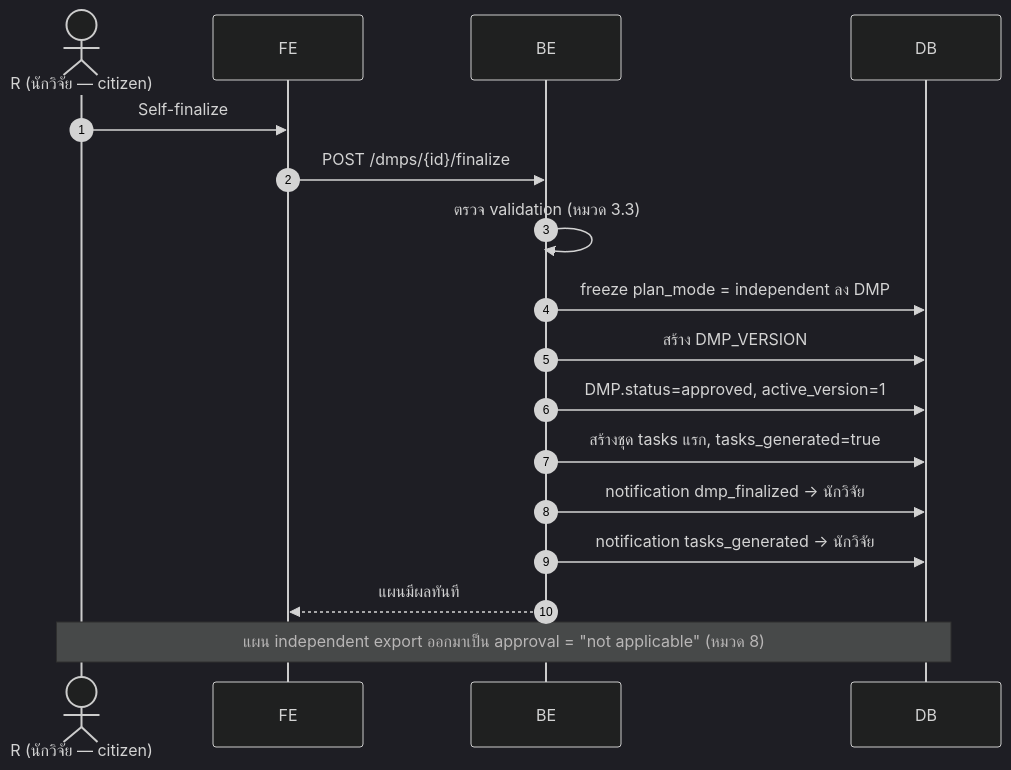
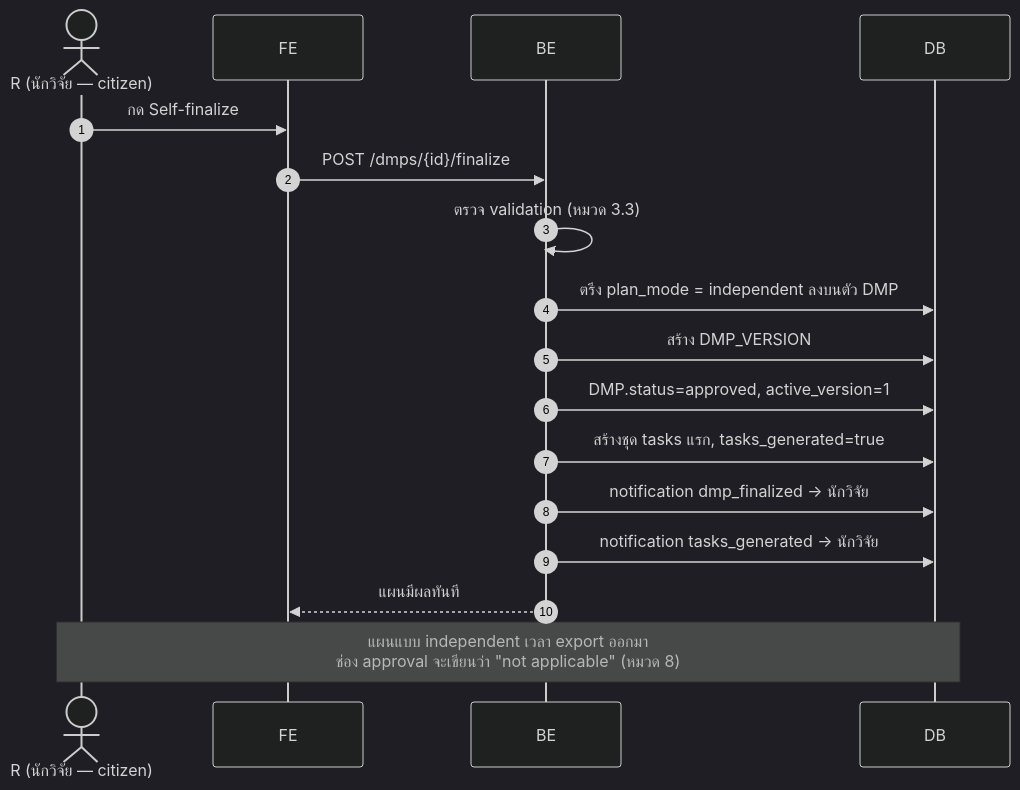
Before and after one commit to Open-Science-and-Data-management/Backend: the seventh of 14 diagrams in docs/architecture/sequence-diagrams.md, drawn with Mermaid (dark theme). The commit also changed other lines of this file and 15 other files, not shown here.

````diff
--- a/docs/architecture/sequence-diagrams.md
+++ b/docs/architecture/sequence-diagrams.md
@@ -264,20 +292,20 @@
 ```mermaid
 sequenceDiagram
     autonumber
     actor R as R (นักวิจัย — citizen)
     participant FE as FE
     participant BE as BE
     participant DB as DB
 
-    R->>FE: Self-finalize
+    R->>FE: กด Self-finalize
     FE->>BE: POST /dmps/{id}/finalize
     BE->>BE: ตรวจ validation (หมวด 3.3)
-    BE->>DB: freeze plan_mode = independent ลง DMP
-    BE->>DB: สร้าง DMP_VERSION #1 (status=approved,<br/>snapshot, decided_by=R เอง, decided_at)
+    BE->>DB: ตรึง plan_mode = independent ลงบนตัว DMP
+    BE->>DB: สร้าง DMP_VERSION #1 (status=approved ทันที,<br/>snapshot, decided_by=R เอง, decided_at)
     BE->>DB: DMP.status=approved, active_version=1
     BE->>DB: สร้างชุด tasks แรก, tasks_generated=true
     BE->>DB: notification dmp_finalized → นักวิจัย
     BE->>DB: notification tasks_generated → นักวิจัย
     BE-->>FE: แผนมีผลทันที
-    Note over R,DB: แผน independent export ออกมาเป็น approval = "not applicable" (หมวด 8)
+    Note over R,DB: แผนแบบ independent เวลา export ออกมา<br/>ช่อง approval จะเขียนว่า "not applicable" (หมวด 8)
 ```
````
